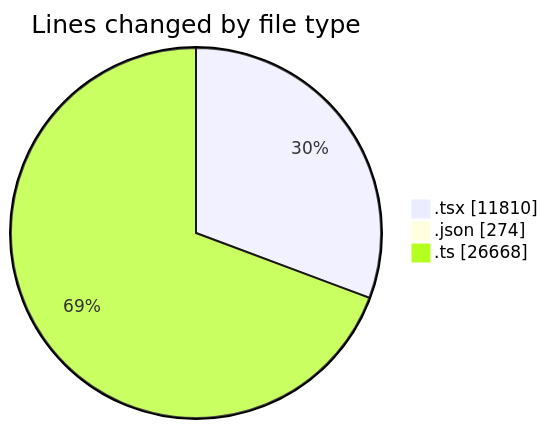
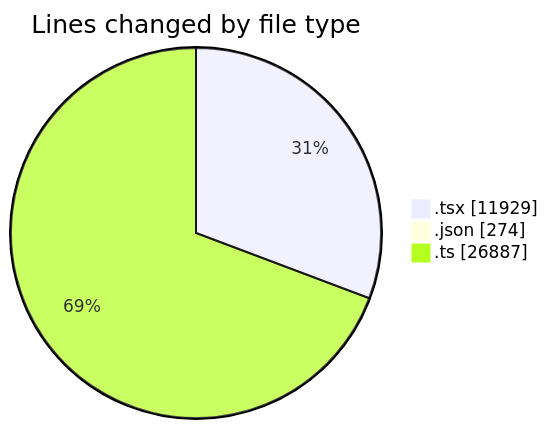
The first of 2 diagrams in 2026-11-13/broadcaster-v6-feature/README.md (momahboobian/code-tracking), drawn with Mermaid before and after one commit. The commit also changed other lines of this file and 1 other file, not shown here.

````diff
--- a/2026-11-13/broadcaster-v6-feature/README.md
+++ b/2026-11-13/broadcaster-v6-feature/README.md
@@ -63,7 +67,7 @@
 ```mermaid
 pie showData
 title Lines changed by file type
-".tsx" : 11810
+".tsx" : 11929
 ".json" : 274
-".ts" : 26668
+".ts" : 26887
 ```
````
